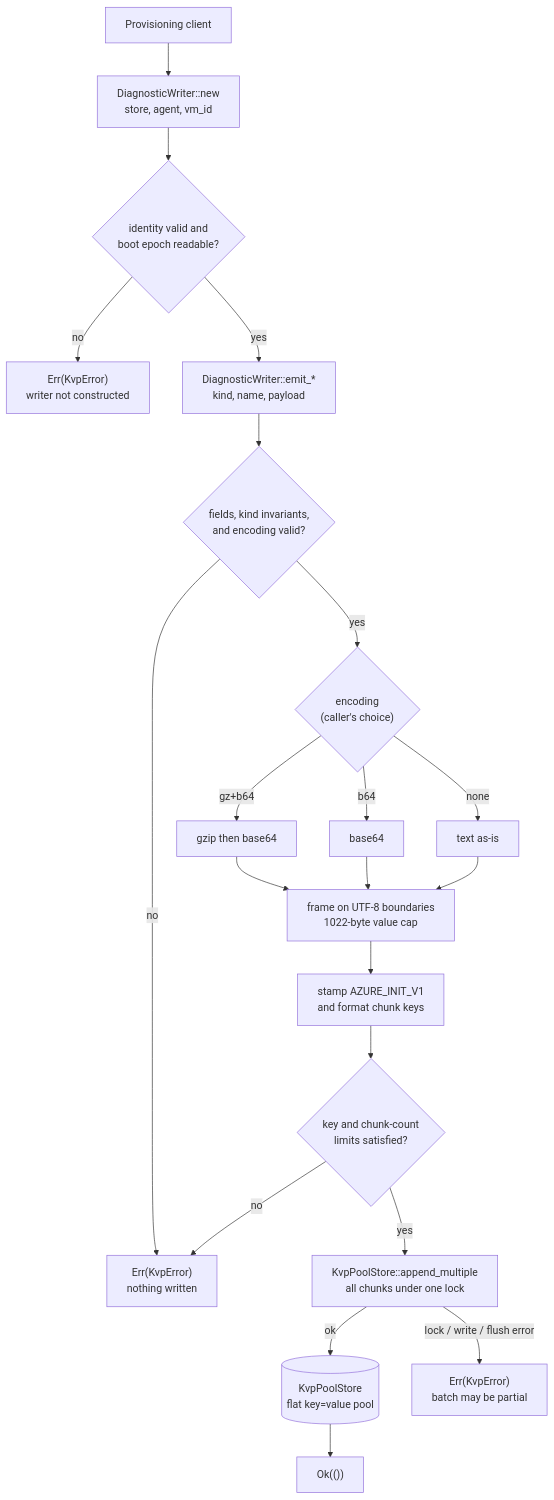
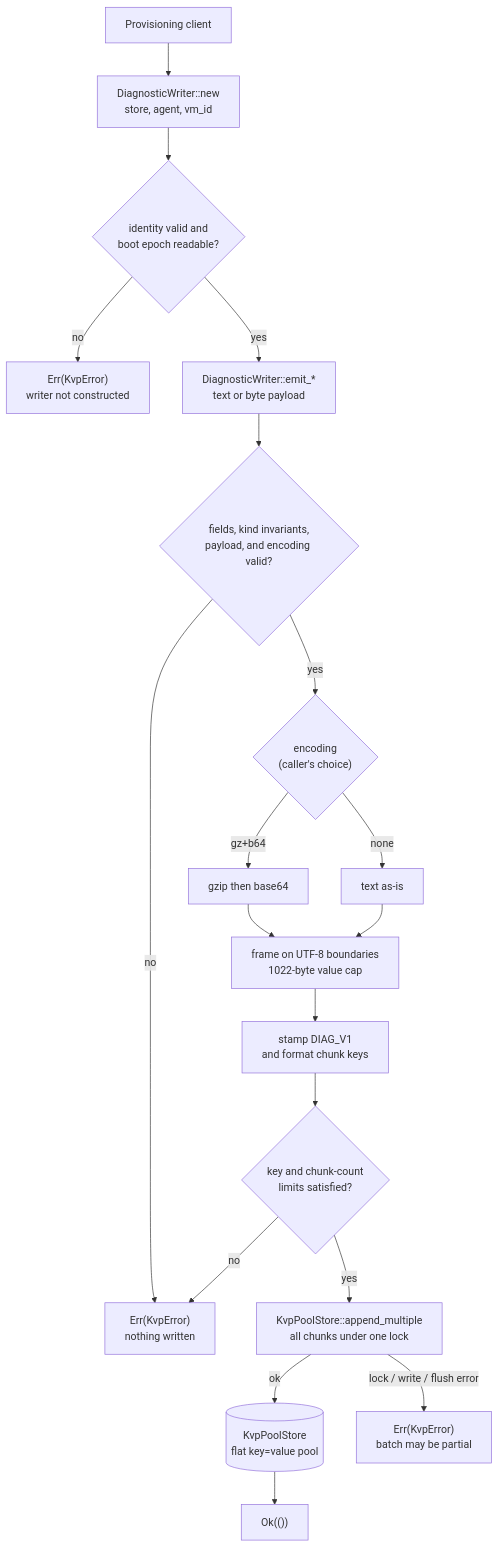
The first of 2 diagrams in libazureinit-kvp/diagnostics-proposal.md (peytonr18/azure-init), drawn with Mermaid before and after one commit. The commit also changed other lines of this file, not shown here.

Commit message:
docs(kvp): finalize diagnostics schema and CLI contract

````diff
--- a/libazureinit-kvp/diagnostics-proposal.md
+++ b/libazureinit-kvp/diagnostics-proposal.md
@@ -245,23 +256,21 @@
 ```mermaid
 flowchart TD
   client["Provisioning client"] --> new["DiagnosticWriter::new<br/>store, agent, vm_id"]
   new --> init{"identity valid and<br/>boot epoch readable?"}
   init -->|"no"| initerr["Err(KvpError)<br/>writer not constructed"]
-  init -->|"yes"| emit["DiagnosticWriter::emit_*<br/>kind, name, payload"]
-  emit --> valid{"fields, kind invariants,<br/>and encoding valid?"}
+  init -->|"yes"| emit["DiagnosticWriter::emit_*<br/>text or byte payload"]
+  emit --> valid{"fields, kind invariants,<br/>payload, and encoding valid?"}
   valid -->|"no"| inputerr["Err(KvpError)<br/>nothing written"]
   valid -->|"yes"| encsel{"encoding<br/>(caller's choice)"}
   encsel -->|"gz+b64"| gz["gzip then base64"]
-  encsel -->|"b64"| b64["base64"]
   encsel -->|"none"| plain["text as-is"]
   gz --> frame["frame on UTF-8 boundaries<br/>1022-byte value cap"]
-  b64 --> frame
   plain --> frame
-  frame --> keys["stamp AZURE_INIT_V1<br/>and format chunk keys"]
+  frame --> keys["stamp DIAG_V1<br/>and format chunk keys"]
   keys --> limits{"key and chunk-count<br/>limits satisfied?"}
   limits -->|"no"| inputerr
   limits -->|"yes"| append["KvpPoolStore::append_multiple<br/>all chunks under one lock"]
   append -->|"ok"| store[("KvpPoolStore<br/>flat key=value pool")]
   store --> ok["Ok(())"]
   append -->|"lock / write / flush error"| writeerr["Err(KvpError)<br/>batch may be partial"]
 ```
````
